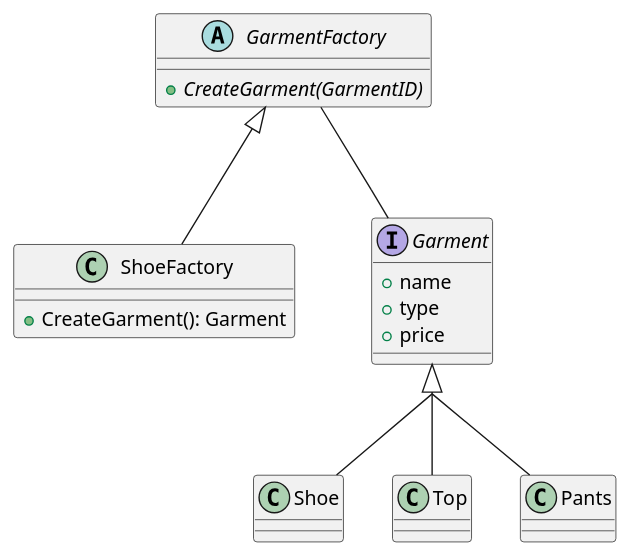
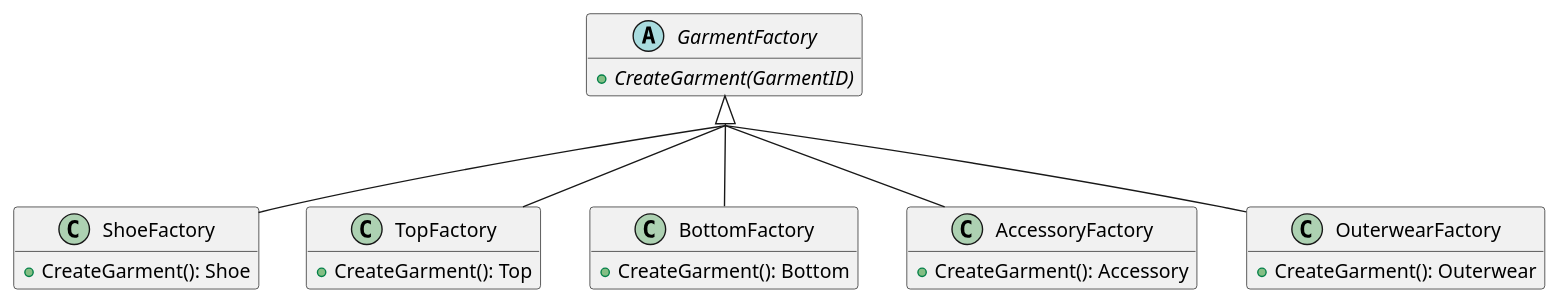
The diagram in UML diagrams/GarmentFactory.puml (Kohort13/PG3302-Eksamen), drawn with PlantUML before and after one commit. The commit also changed 5 other files, not shown here.

Commit message:
Finished (ish) diagrams

```diff
--- a/UML diagrams/GarmentFactory.puml
+++ b/UML diagrams/GarmentFactory.puml
@@ -1,24 +1,31 @@
-@startuml
+@startuml GarmentFactory
+
+'!include GarmentModel.puml!0
+hide empty members
+
+remove Shade
+remove Colour
 
 skinparam groupInheritance 2
 
 abstract GarmentFactory{
     + {abstract} CreateGarment(GarmentID)
 }
 
 class ShoeFactory extends GarmentFactory{
-    + CreateGarment(): Garment
+    + CreateGarment(): Shoe
+}
+class TopFactory extends GarmentFactory{
+    + CreateGarment(): Top
+}
+class BottomFactory extends GarmentFactory{
+    + CreateGarment(): Bottom
+}
+class AccessoryFactory extends GarmentFactory{
+    + CreateGarment(): Accessory
+}
+class OuterwearFactory extends GarmentFactory{
+    + CreateGarment(): Outerwear
 }
 
-interface Garment{
-    + name
-    + type
-    + price
-}
-
-class Shoe implements Garment
-class Top implements Garment
-class Pants implements Garment
-GarmentFactory -- Garment
-
 @enduml
```
